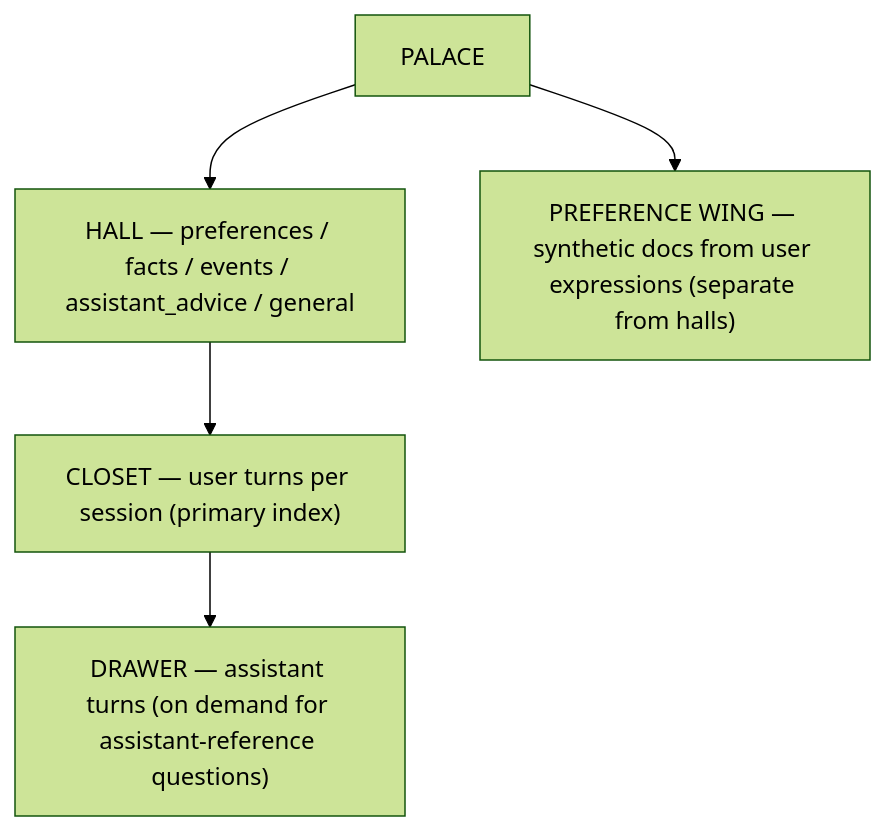
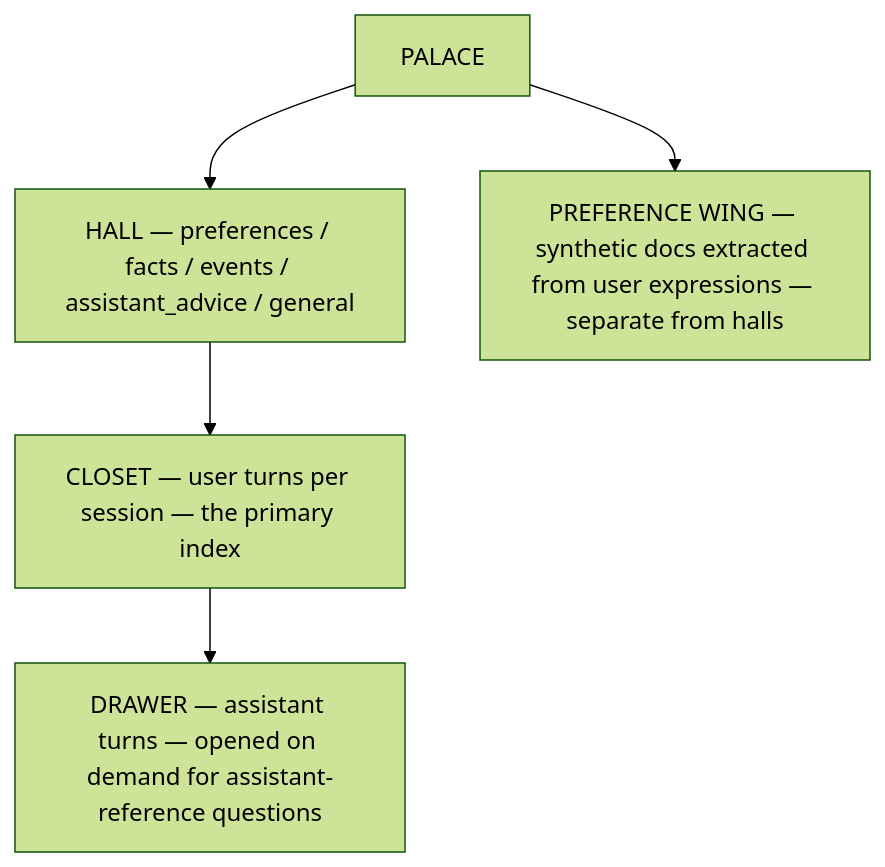
The diagram in benchmarks/HYBRID_MODE.md (milla-jovovich/mempalace), drawn with Mermaid (forest theme) before and after one commit. The commit also changed 3 other files, not shown here.

First line of the commit message:
docs: address PR 393 review (Mermaid labels, tunnel, wording)

````diff
--- a/benchmarks/HYBRID_MODE.md
+++ b/benchmarks/HYBRID_MODE.md
@@ -260,8 +260,8 @@
 ```mermaid
 flowchart TB
   P[PALACE]
   P --> H["HALL — preferences / facts / events / assistant_advice / general"]
-  H --> CL["CLOSET — user turns per session (primary index)"]
-  CL --> DR["DRAWER — assistant turns (on demand for assistant-reference questions)"]
-  P --> PW["PREFERENCE WING — synthetic docs from user expressions (separate from halls)"]
+  H --> CL["CLOSET — user turns per session — the primary index"]
+  CL --> DR["DRAWER — assistant turns — opened on demand for assistant-reference questions"]
+  P --> PW["PREFERENCE WING — synthetic docs extracted from user expressions — separate from halls"]
 ```
````
